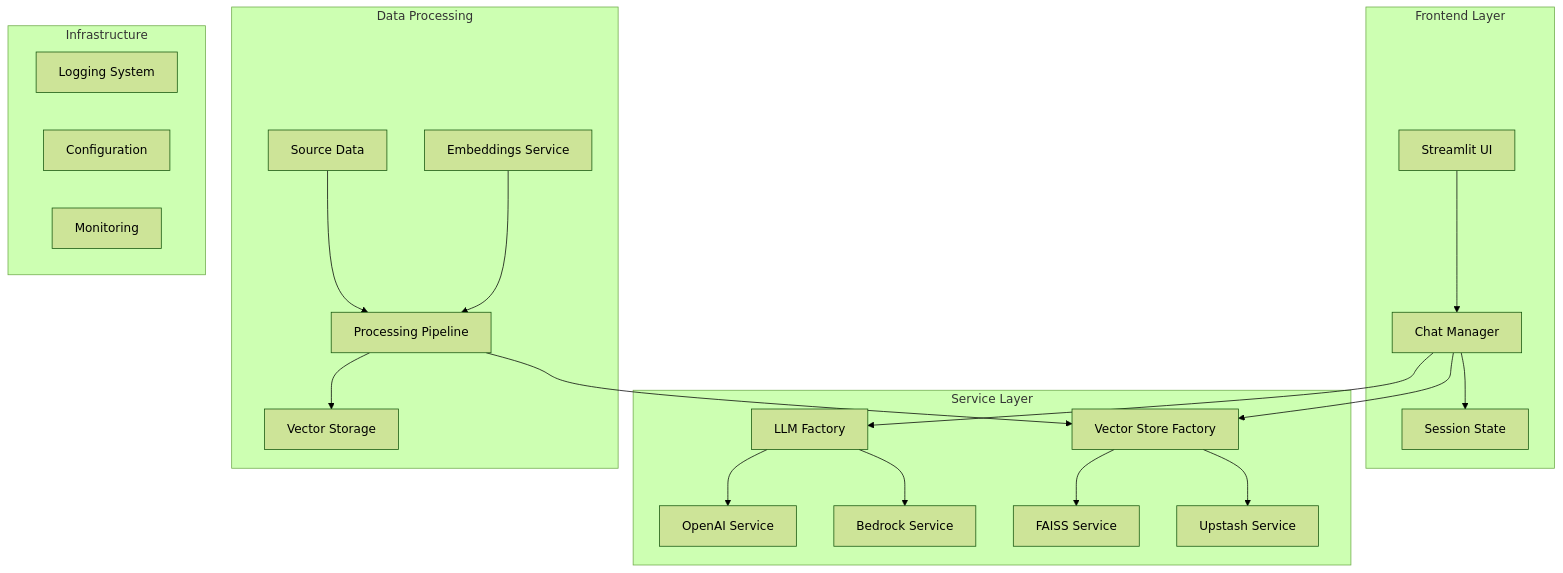
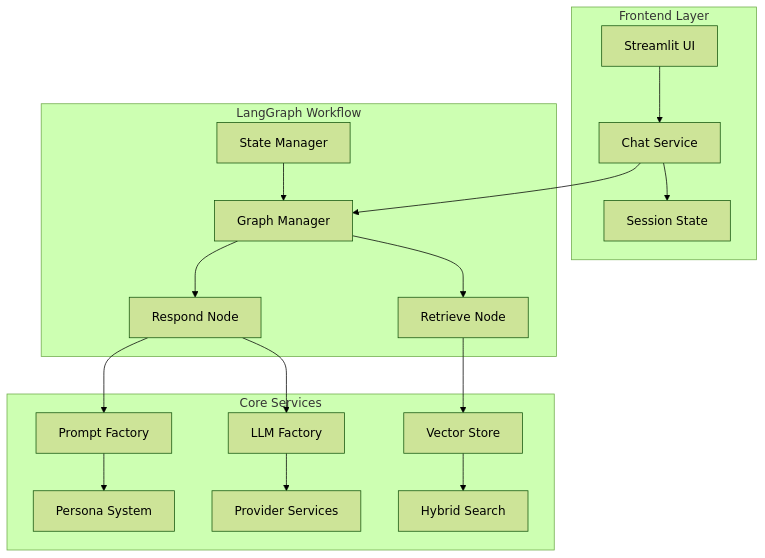
One commit to laialex501/lorechat-container changed the first of 5 diagrams in README.md. Above: the diagram before and after it, drawn with Mermaid (forest theme). The commit also changed other lines of this file and 30 other files, not shown here.

````diff
--- a/README.md
+++ b/README.md
@@ -35,30 +53,24 @@
 ```mermaid
 graph TD
     subgraph "Frontend Layer"
-        A[Streamlit UI] --> B[Chat Manager]
+        A[Streamlit UI] --> B[Chat Service]
         B --> C[Session State]
     end
 
-    subgraph "Service Layer"
-        D[LLM Factory] --> E[OpenAI Service]
-        D --> F[Bedrock Service]
-        G[Vector Store Factory] --> H[FAISS Service]
-        G --> I[Upstash Service]
+    subgraph "LangGraph Workflow"
+        D[Graph Manager] --> E[Retrieve Node]
+        D --> F[Respond Node]
+        G[State Manager] --> D
     end
 
-    subgraph "Data Processing"
-        J[Source Data] --> K[Processing Pipeline]
-        K --> L[Vector Storage]
-        M[Embeddings Service] --> K
-    end
-
-    subgraph "Infrastructure"
-        N[Logging System]
-        O[Configuration]
-        P[Monitoring]
+    subgraph "Core Services"
+        H[LLM Factory] --> I[Provider Services]
+        J[Vector Store] --> K[Hybrid Search]
+        L[Prompt Factory] --> M[Persona System]
     end
 
     B --> D
-    B --> G
-    K --> G
+    E --> J
+    F --> H
+    F --> L
 ```
````
